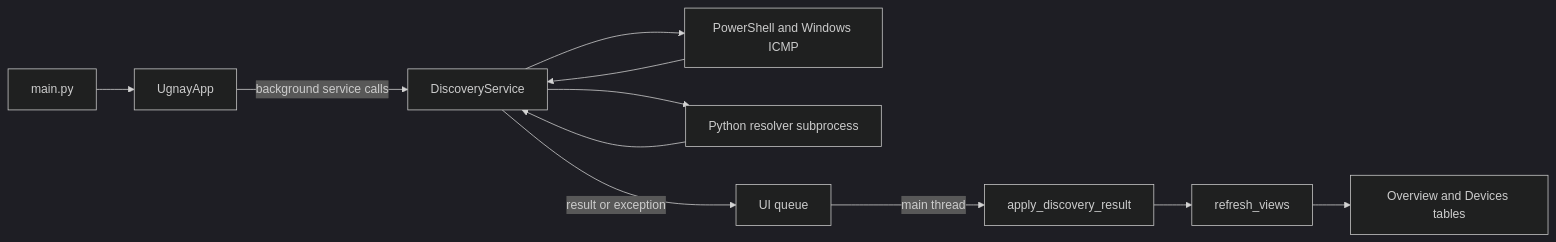
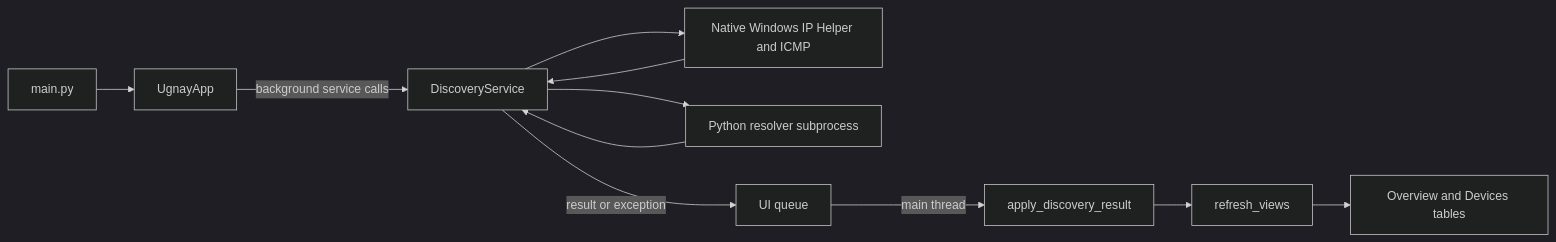
One commit to lumiji/CCS_234-UGNAY changed the diagram in docs/module-1-network-discovery.md. Above: the diagram before and after it, drawn with Mermaid (dark theme). The commit also changed other lines of this file and 11 other files, not shown here.

````diff
--- a/docs/module-1-network-discovery.md
+++ b/docs/module-1-network-discovery.md
@@ -138,13 +138,13 @@
 ```mermaid
 flowchart LR
     Entry[main.py] --> UI[UgnayApp]
     UI -->|background service calls| Service[DiscoveryService]
-    Service --> Windows[PowerShell and Windows ICMP]
+    Service --> Windows[Native Windows IP Helper and ICMP]
     Service --> Resolver[Python resolver subprocess]
     Windows --> Service
     Resolver --> Service
     Service -->|result or exception| Queue[UI queue]
     Queue -->|main thread| Render[apply_discovery_result]
     Render --> Views[refresh_views]
     Views --> Tables[Overview and Devices tables]
 ```
````
